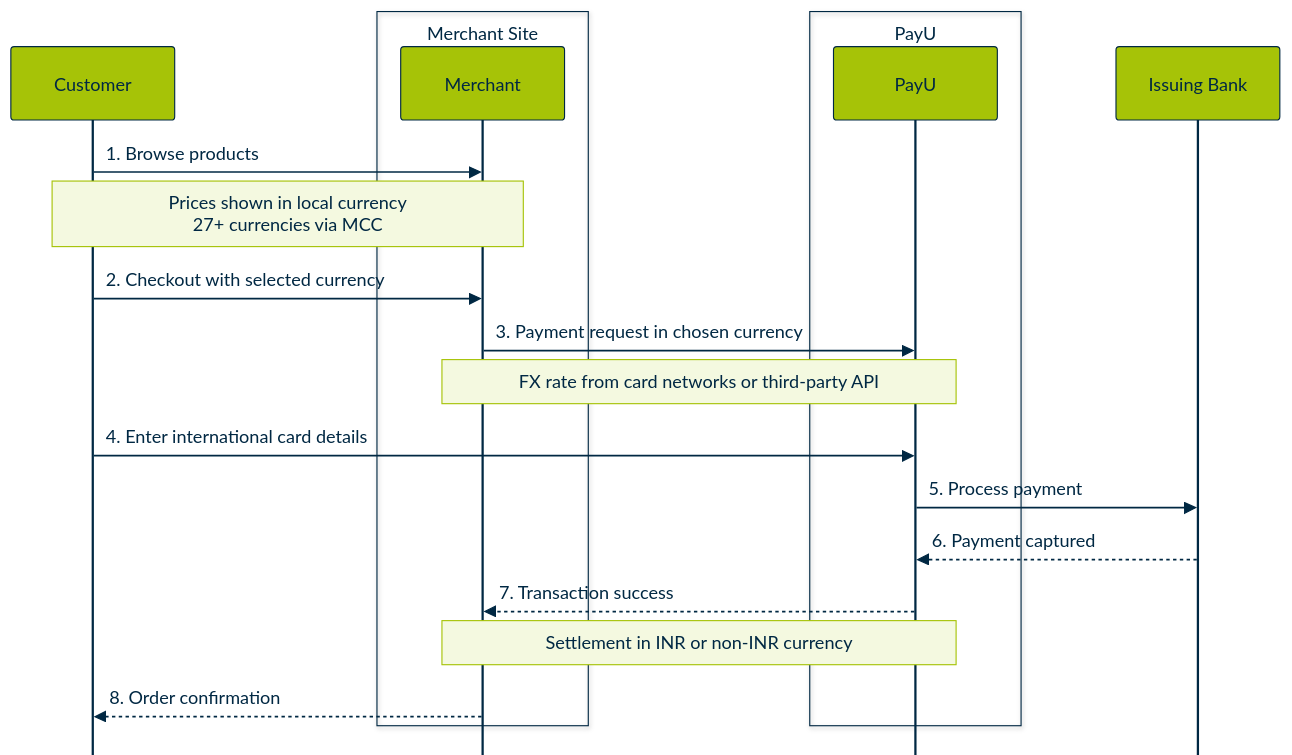
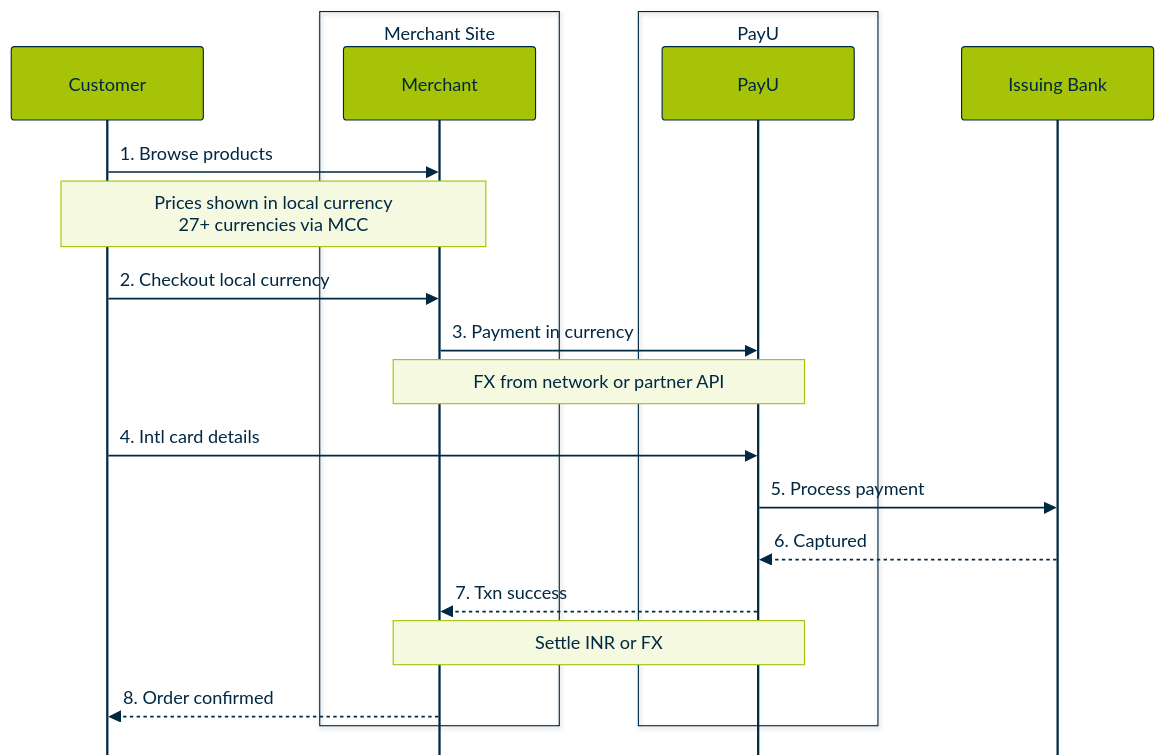
Diagram 16 of 17 in docs/RECYCLE BIN/internal-review-swimlane-diagrams.md (payu-india/CMS-Chatbot), drawn with Mermaid before and after one commit. The commit also changed other lines of this file, not shown here.

Commit message:
Update doc `internal-review-swimlane-diagrams`

````diff
--- a/docs/RECYCLE BIN/internal-review-swimlane-diagrams.md
+++ b/docs/RECYCLE BIN/internal-review-swimlane-diagrams.md
@@ -1144,62 +1152,62 @@
 ```mermaid
 %%{init: {
   "theme": "base",
   "sequence": {
     "mirrorActors": false,
     "rightAngles": true,
     "messageAlign": "left",
     "fontSize": 10,
     "actorFontSize": 10,
     "noteFontSize": 10,
-    "actorMargin": 72,
-    "width": 145,
+    "actorMargin": 82,
+    "width": 170,
     "boxMargin": 8,
-    "messageMargin": 32,
-    "diagramMarginX": 45,
+    "messageMargin": 34,
+    "diagramMarginX": 48,
     "diagramMarginY": 16
   },
   "themeVariables": {
     "fontFamily": "Arial, Helvetica, sans-serif",
     "fontSize": "10px",
     "background": "#FFFFFF",
     "primaryColor": "#A6C307",
     "primaryTextColor": "#002843",
     "primaryBorderColor": "#002843",
     "secondaryColor": "#F4F9E0",
     "lineColor": "#002843",
     "textColor": "#002843",
     "actorBkg": "#A6C307",
     "actorBorder": "#002843",
     "actorTextColor": "#002843",
     "signalColor": "#002843",
     "noteBkgColor": "#F4F9E0",
     "noteTextColor": "#002843",
     "noteBorderColor": "#A6C307"
   }
 }}%%
 sequenceDiagram
     participant Customer
     box Merchant Site
         participant Merchant
     end
     box PayU
         participant PayU
     end
     participant Bank as Issuing Bank
 
     Customer->>Merchant: 1. Browse products
     Note over Customer,Merchant: Prices shown in local currency<br/>27+ currencies via MCC
 
-    Customer->>Merchant: 2. Checkout with selected currency
-    Merchant->>PayU: 3. Payment request in chosen currency
-    Note over Merchant,PayU: FX rate from card networks or third-party API
+    Customer->>Merchant: 2. Checkout local currency
+    Merchant->>PayU: 3. Payment in currency
+    Note over Merchant,PayU: FX from network or partner API
 
-    Customer->>PayU: 4. Enter international card details
+    Customer->>PayU: 4. Intl card details
     PayU->>Bank: 5. Process payment
-    Bank-->>PayU: 6. Payment captured
+    Bank-->>PayU: 6. Captured
 
-    PayU-->>Merchant: 7. Transaction success
-    Note over PayU,Merchant: Settlement in INR or non-INR currency
+    PayU-->>Merchant: 7. Txn success
+    Note over PayU,Merchant: Settle INR or FX
 
-    Merchant-->>Customer: 8. Order confirmation
+    Merchant-->>Customer: 8. Order confirmed
 ```
````
